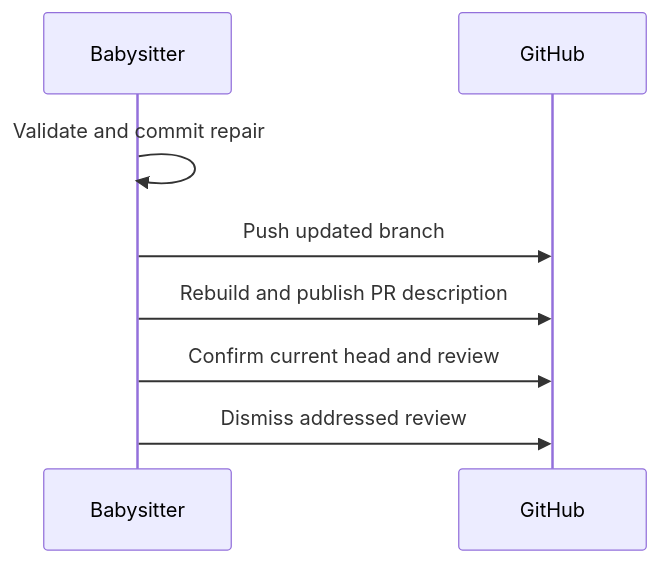
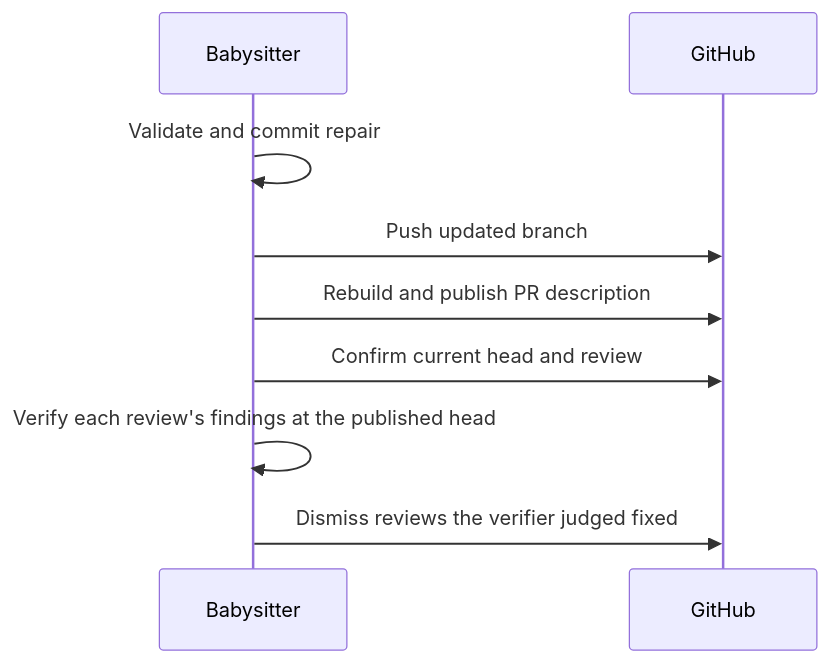
Before and after one commit to stSoftwareAU/VibeCoder: the first of 2 diagrams in docs/workflows/fleet-pr-babysitter.md, drawn with Mermaid. The commit also changed other lines of this file and 6 other files, not shown here.

````diff
--- a/docs/workflows/fleet-pr-babysitter.md
+++ b/docs/workflows/fleet-pr-babysitter.md
@@ -31,10 +35,11 @@
 ```mermaid
 sequenceDiagram
     participant B as Babysitter
     participant G as GitHub
     B->>B: Validate and commit repair
     B->>G: Push updated branch
     B->>G: Rebuild and publish PR description
     B->>G: Confirm current head and review
-    B->>G: Dismiss addressed review
+    B->>B: Verify each review's findings at the published head
+    B->>G: Dismiss reviews the verifier judged fixed
 ```
````
